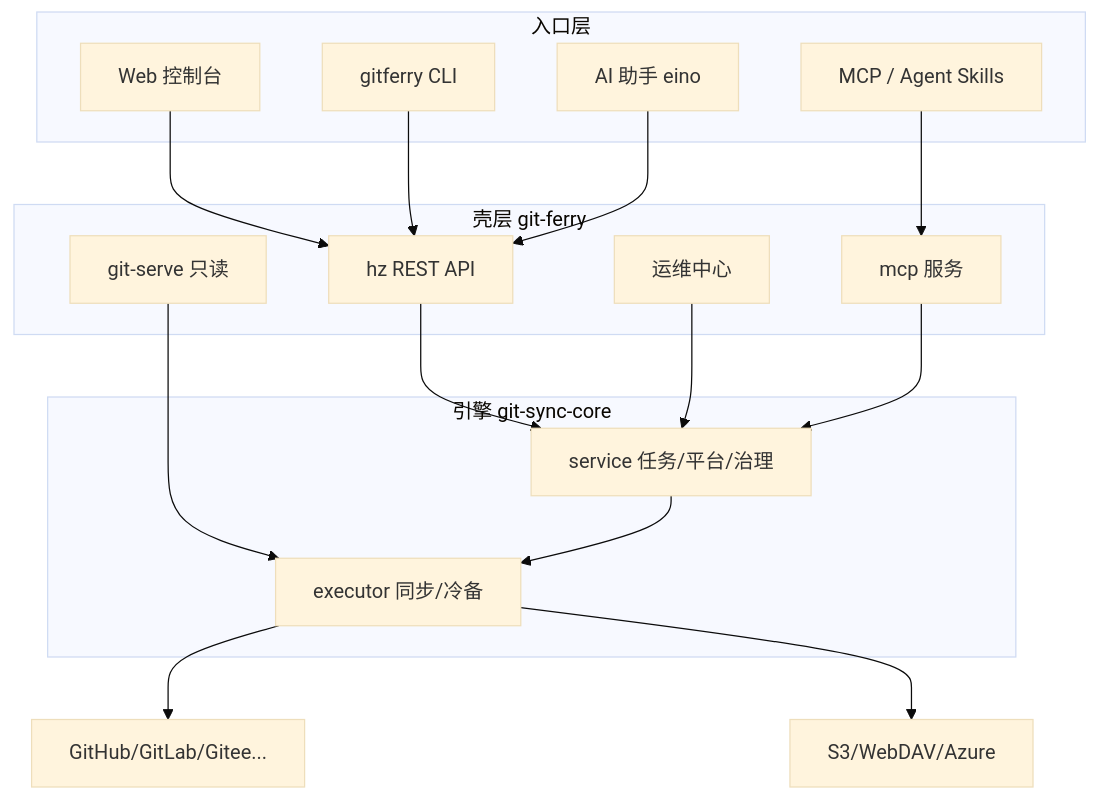
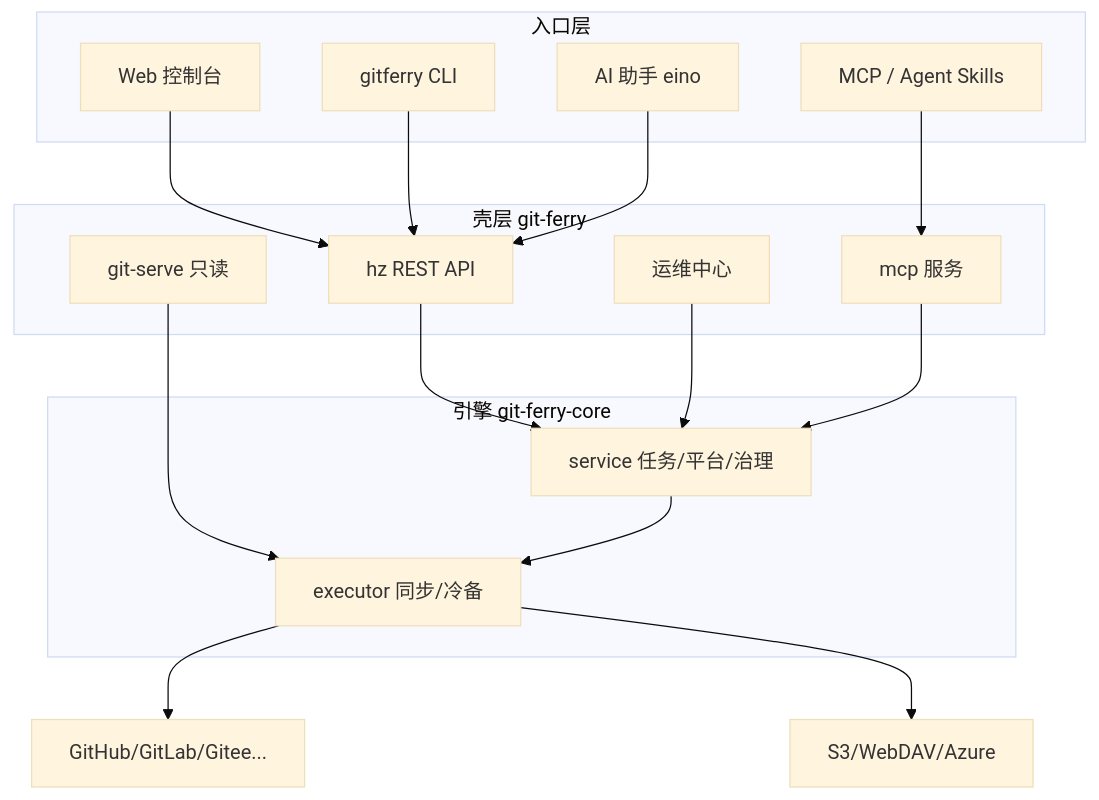
The diagram in README.zh-CN.md (yi-nology/git-ferry), drawn with Mermaid (base theme) before and after one commit. The commit also changed other lines of this file and 60 other files, not shown here.

````diff
--- a/README.zh-CN.md
+++ b/README.zh-CN.md
@@ -451,30 +451,30 @@
 ```mermaid
 flowchart TB
   subgraph 入口层
     W[Web 控制台]
     C[gitferry CLI]
     M[MCP / Agent Skills]
     AI[AI 助手 eino]
   end
   subgraph 壳层 git-ferry
     H[hz REST API]
     OPS[运维中心]
     MCP[mcp 服务]
     GW[git-serve 只读]
   end
-  subgraph 引擎 git-sync-core
+  subgraph 引擎 git-ferry-core
     EX[executor 同步/冷备]
     SVC[service 任务/平台/治理]
   end
   W --> H
   C --> H
   M --> MCP
   AI --> H
   H --> SVC
   OPS --> SVC
   MCP --> SVC
   GW --> EX
   SVC --> EX
   EX --> P1[GitHub/GitLab/Gitee...]
   EX --> P2[S3/WebDAV/Azure]
 ```
````
